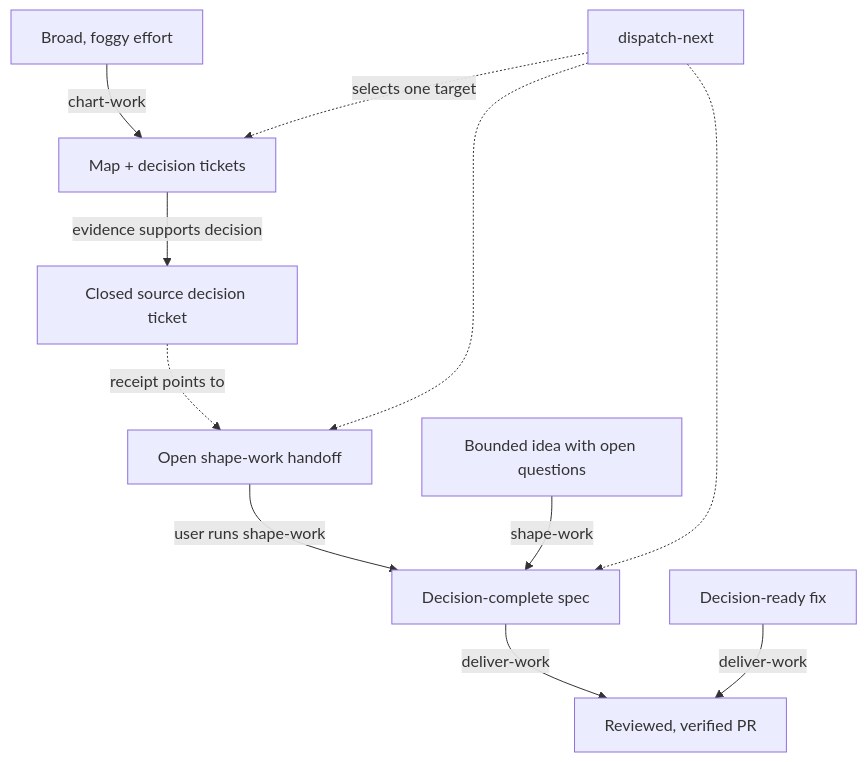
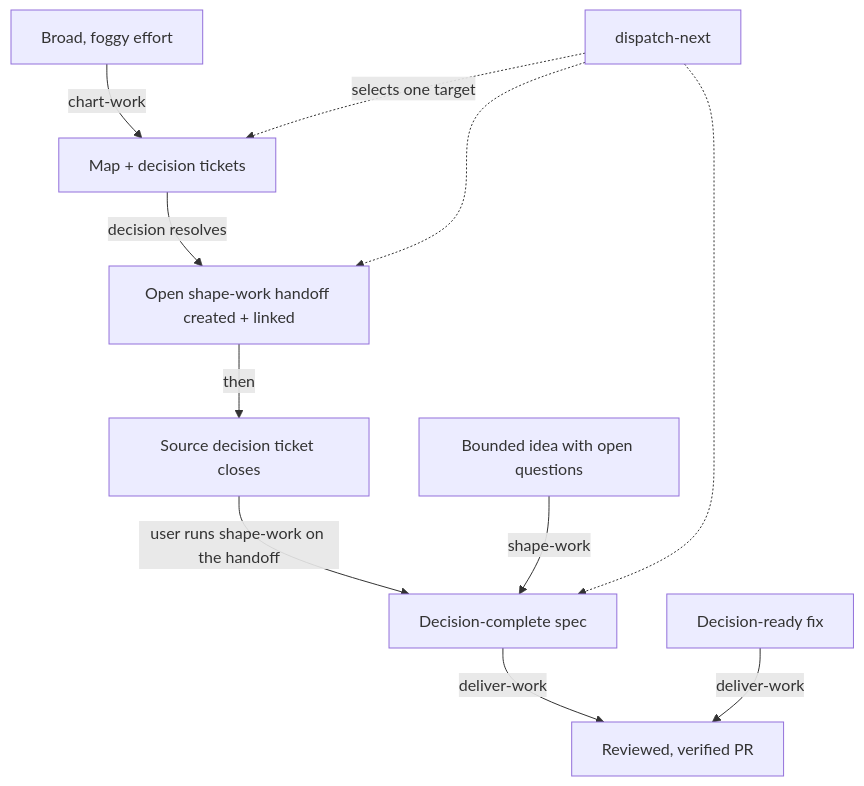
One commit to sockulags/agent-os changed the diagram in docs-site/guide/the-work-loop.md. Above: the diagram before and after it, drawn with Mermaid. The commit also changed other lines of this file and 1 other file, not shown here.

Commit message:
Fix chart-work handoff documentation

````diff
--- a/docs-site/guide/the-work-loop.md
+++ b/docs-site/guide/the-work-loop.md
@@ -7,13 +7,13 @@
 ```mermaid
 flowchart TD
     A[Broad, foggy effort] -->|chart-work| B[Map + decision tickets]
-    B -->|evidence supports decision| C[Closed source decision ticket]
-    C -.->|receipt points to| H[Open shape-work handoff]
-    H -->|user runs shape-work| D[Decision-complete spec]
+    B -->|decision resolves| H[Open shape-work handoff created + linked]
+    H -->|then| C[Source decision ticket closes]
+    C -->|user runs shape-work on the handoff| D[Decision-complete spec]
     A2[Bounded idea with open questions] -->|shape-work| D
     D -->|deliver-work| E[Reviewed, verified PR]
     A3[Decision-ready fix] -->|deliver-work| E
     F[dispatch-next] -.->|selects one target| B
     F -.-> H
     F -.-> D
 ```
````
